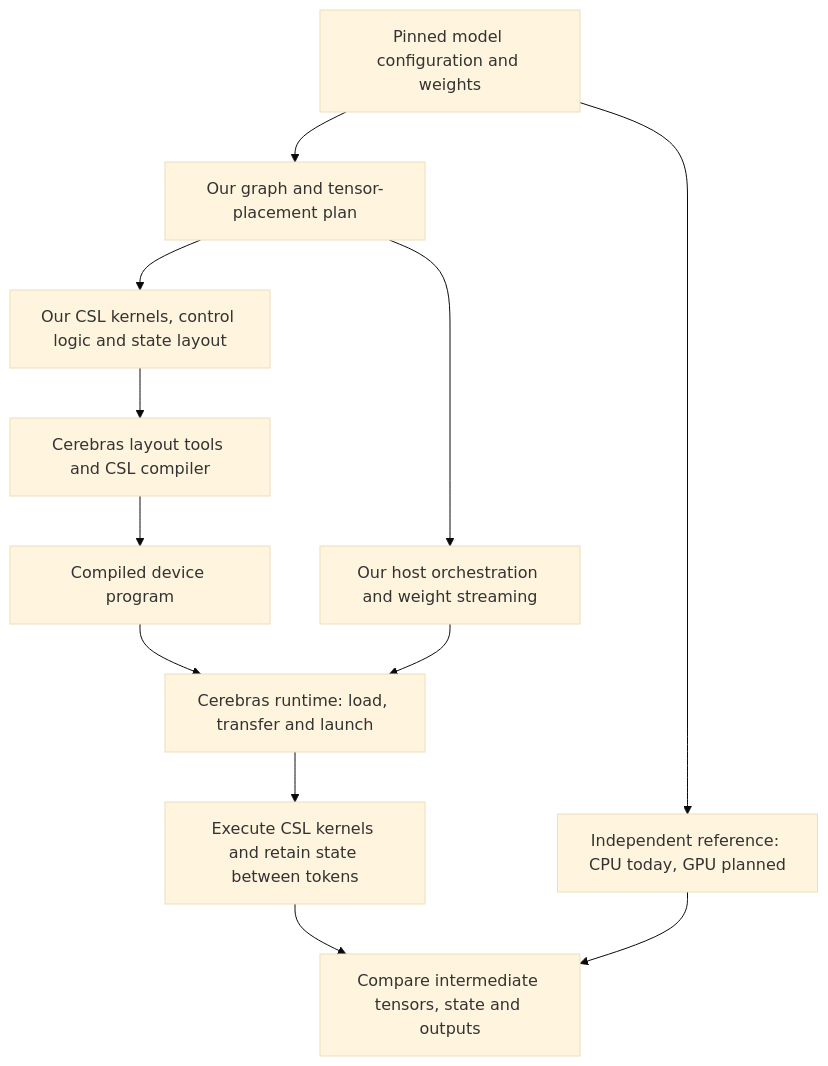
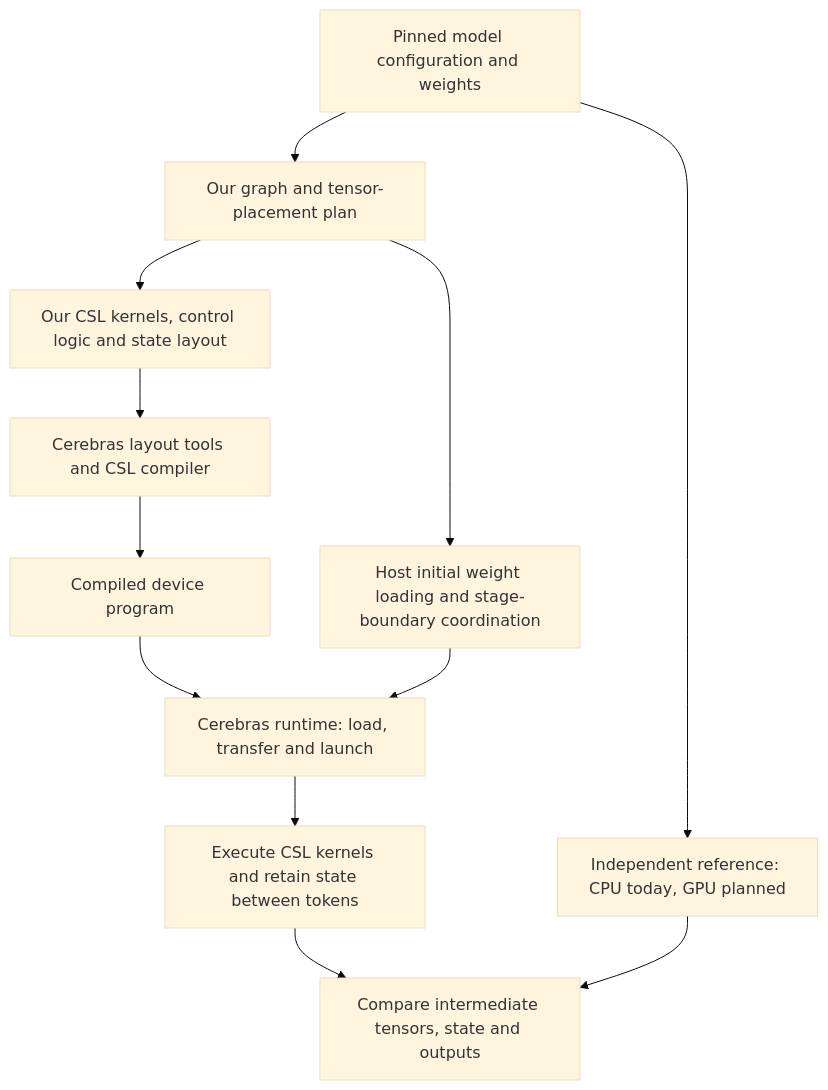
Before and after one commit to lingzhi227/csl-llm-sdk: the first of 2 diagrams in README.md, drawn with Mermaid (base theme). The commit also changed other lines of this file and 58 other files, not shown here.

````diff
--- a/README.md
+++ b/README.md
@@ -11,14 +11,14 @@
 ```mermaid
 flowchart TB
     Model["Pinned model configuration and weights"] --> Plan["Our graph and tensor-placement plan"]
     Plan --> DeviceSource["Our CSL kernels, control logic and state layout"]
     DeviceSource --> Compiler["Cerebras layout tools and CSL compiler"]
     Compiler --> Binary["Compiled device program"]
-    Plan --> Host["Our host orchestration and weight streaming"]
+    Plan --> Host["Host initial weight loading and stage-boundary coordination"]
     Binary --> Runtime["Cerebras runtime: load, transfer and launch"]
     Host --> Runtime
     Runtime --> Execute["Execute CSL kernels and retain state between tokens"]
     Model --> Reference["Independent reference: CPU today, GPU planned"]
     Execute --> Compare["Compare intermediate tensors, state and outputs"]
     Reference --> Compare
 ```
````
